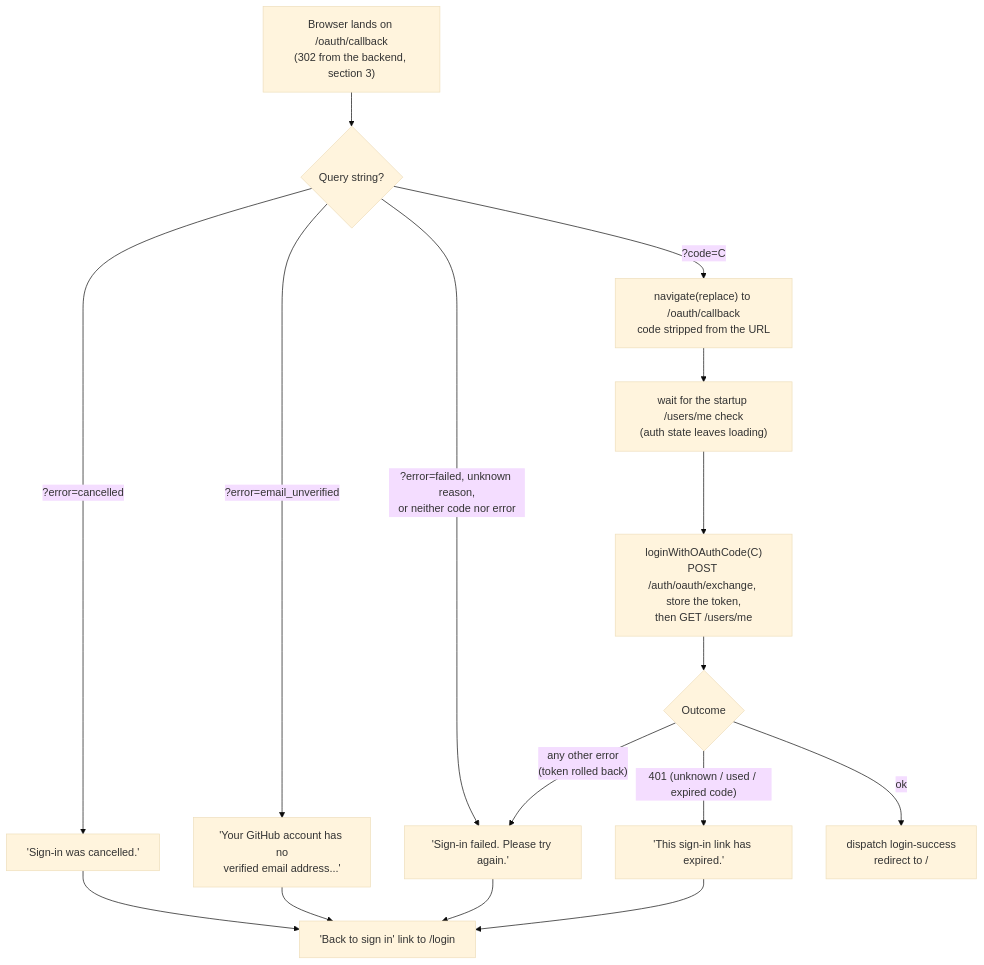
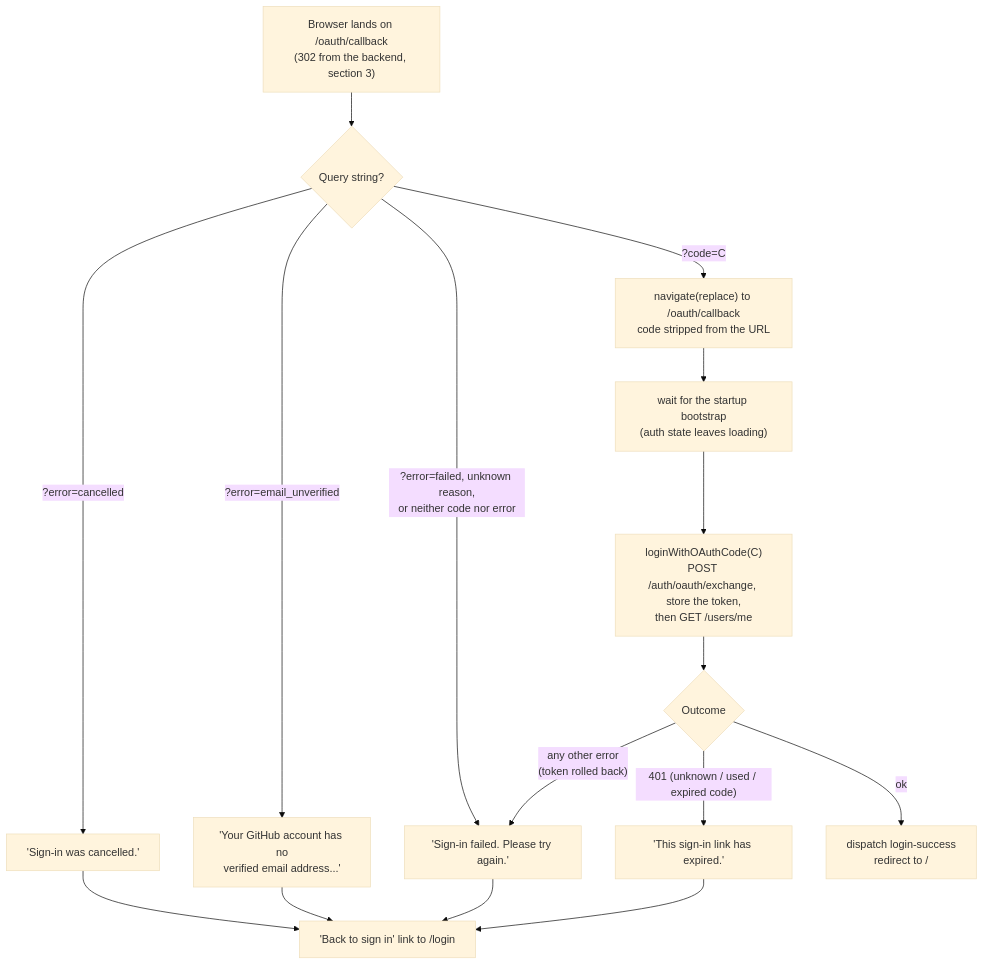
The sixth of 10 diagrams in docs/diagrams/auth.md (kidp8479/42_hypertube), drawn with Mermaid (base theme) before and after one commit. The commit also changed other lines of this file and 18 other files, not shown here.

````diff
--- a/docs/diagrams/auth.md
+++ b/docs/diagrams/auth.md
@@ -162,18 +162,18 @@
 ```mermaid
 flowchart TD
     A["Browser lands on /oauth/callback<br/>(302 from the backend, section 3)"] --> B{"Query string?"}
     B -- "?error=cancelled" --> EC["'Sign-in was cancelled.'"]
     B -- "?error=email_unverified" --> EU["'Your GitHub account has no<br/>verified email address...'"]
     B -- "?error=failed, unknown reason,<br/>or neither code nor error" --> EF["'Sign-in failed. Please try again.'"]
     B -- "?code=C" --> S["navigate(replace) to /oauth/callback<br/>code stripped from the URL"]
-    S --> W["wait for the startup /users/me check<br/>(auth state leaves loading)"]
+    S --> W["wait for the startup bootstrap<br/>(auth state leaves loading)"]
     W --> X["loginWithOAuthCode(C)<br/>POST /auth/oauth/exchange, store the token,<br/>then GET /users/me"]
     X --> R{Outcome}
     R -- "401 (unknown / used / expired code)" --> EX["'This sign-in link has expired.'"]
     R -- "any other error<br/>(token rolled back)" --> EF
     R -- "ok" --> OK["dispatch login-success<br/>redirect to /"]
     EC --> BACK["'Back to sign in' link to /login"]
     EU --> BACK
     EF --> BACK
     EX --> BACK
 ```
````
